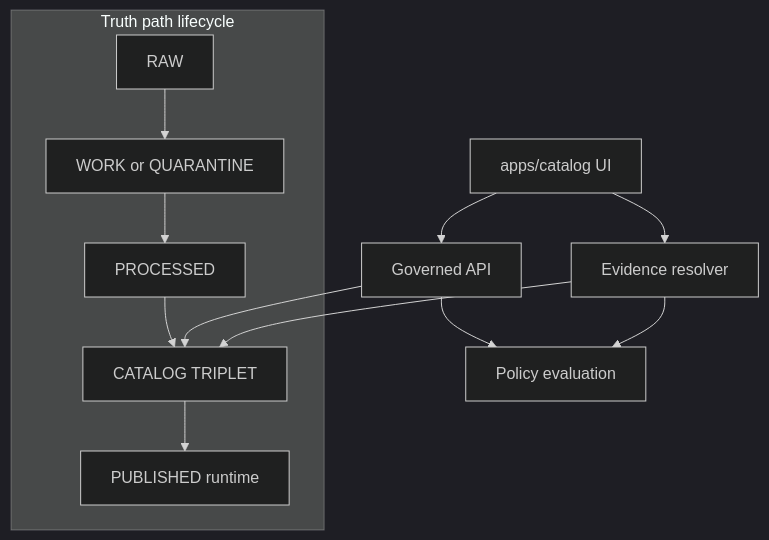
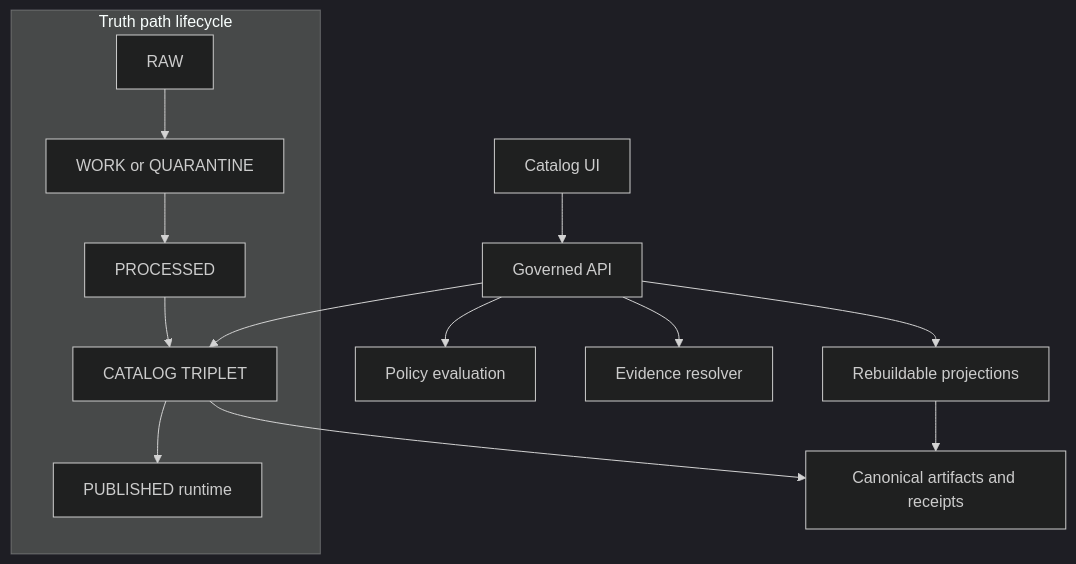
Before and after one commit to bartytime4life/Kansas-Frontier-Matrix: the first of 2 diagrams in apps/catalog/README.md, drawn with Mermaid (dark theme). The commit also changed other lines of this file, not shown here.

First line of the commit message:
Revise README metadata and navigation for Catalog UI

````diff
--- a/apps/catalog/README.md
+++ b/apps/catalog/README.md
@@ -116,18 +151,15 @@
 ```mermaid
 flowchart TB
   subgraph TruthPath[Truth path lifecycle]
-    Raw[RAW]
-    Work[WORK or QUARANTINE]
-    Processed[PROCESSED]
-    Triplet[CATALOG TRIPLET]
-    Published[PUBLISHED runtime]
-    Raw --> Work --> Processed --> Triplet --> Published
+    Raw[RAW] --> Work[WORK or QUARANTINE] --> Processed[PROCESSED] --> Triplet[CATALOG TRIPLET] --> Published[PUBLISHED runtime]
   end
 
-  CatalogUI[apps/catalog UI] --> API[Governed API]
+  CatalogUI[Catalog UI] --> API[Governed API]
+  API --> Policy[Policy evaluation]
+  API --> Evidence[Evidence resolver]
   API --> Triplet
-  API --> Policy[Policy evaluation]
-  CatalogUI --> Evidence[Evidence resolver]
-  Evidence --> Triplet
-  Evidence --> Policy
+  API --> Projections[Rebuildable projections]
+
+  Triplet --> Canonical[Canonical artifacts and receipts]
+  Projections --> Canonical
 ```
````
